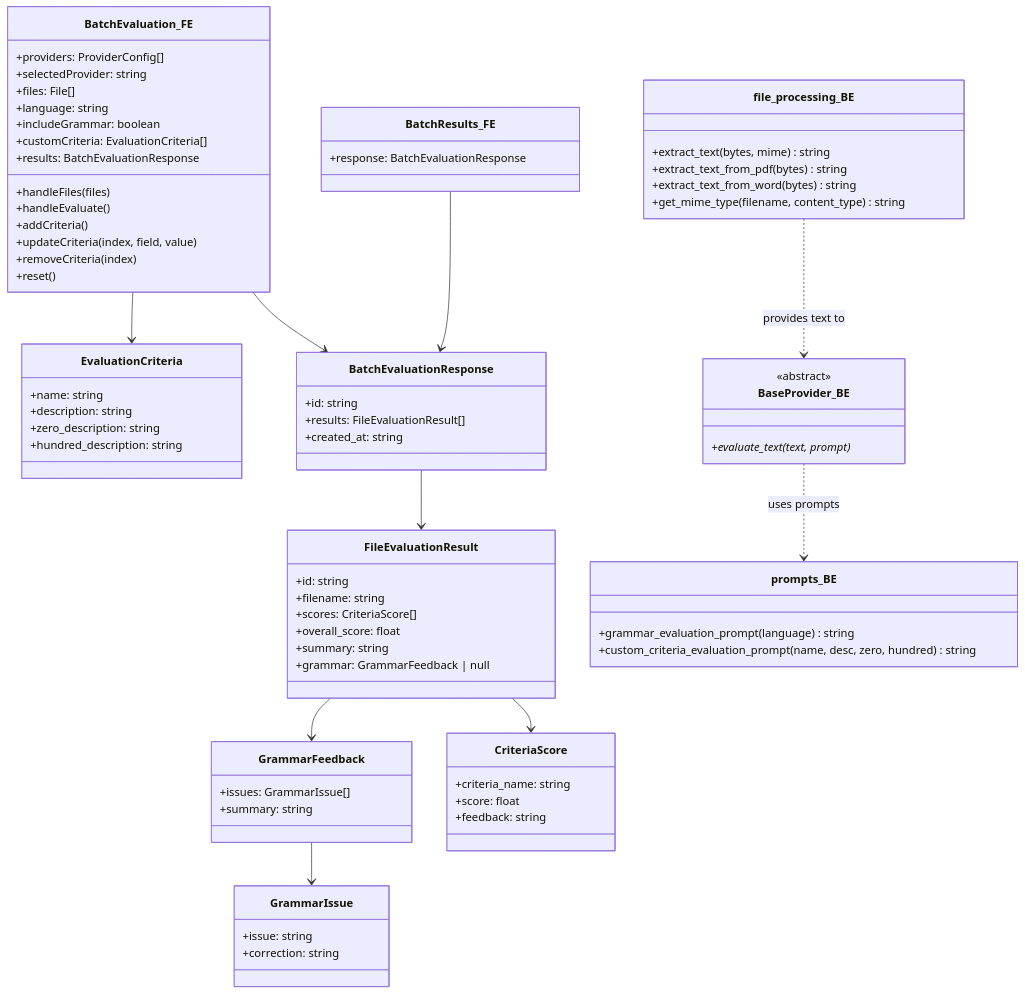
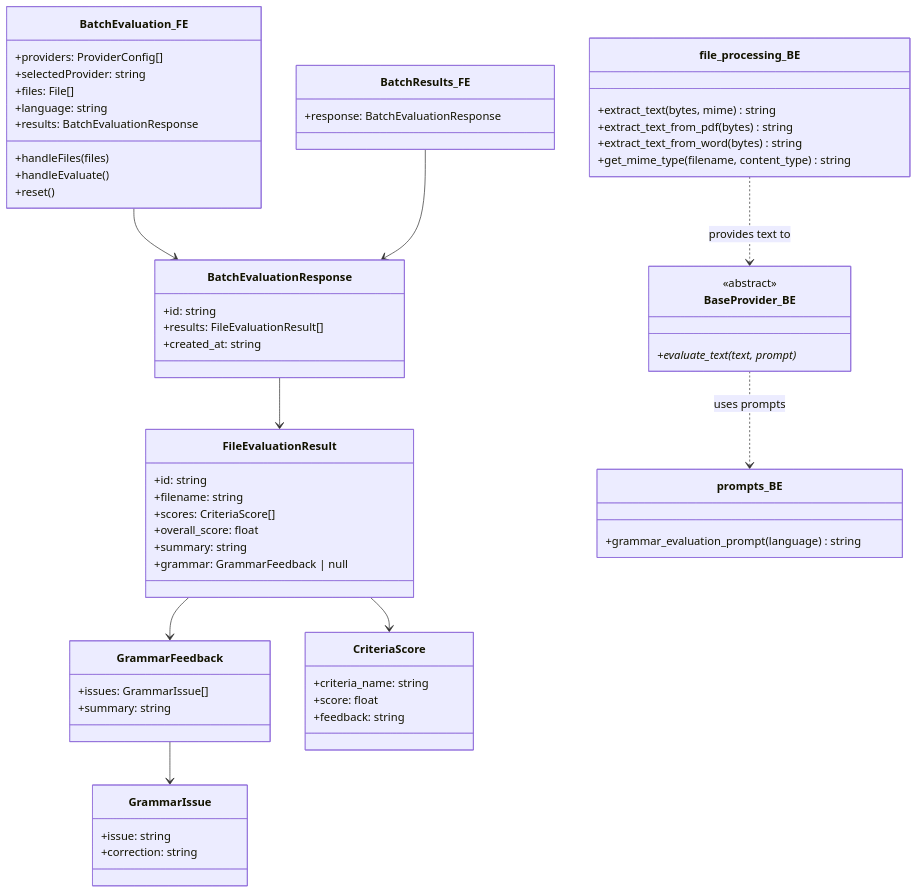
One commit to franciscosuca/exan changed the fifth of 6 diagrams in docs/ARCHITECTURE.md. Above: the diagram before and after it, drawn with Mermaid. The commit also changed other lines of this file and 19 other files, not shown here.

Commit message:
Refactor: batch evaluation to support grammar-only assessments

```diff
--- a/docs/ARCHITECTURE.md
+++ b/docs/ARCHITECTURE.md
@@ -367,22 +358,10 @@
         +selectedProvider: string
         +files: File[]
         +language: string
-        +includeGrammar: boolean
-        +customCriteria: EvaluationCriteria[]
         +results: BatchEvaluationResponse
         +handleFiles(files)
         +handleEvaluate()
-        +addCriteria()
-        +updateCriteria(index, field, value)
-        +removeCriteria(index)
         +reset()
-    }
-
-    class EvaluationCriteria {
-        +name: string
-        +description: string
-        +zero_description: string
-        +hundred_description: string
     }
 
     class BatchEvaluationResponse {
@@ -434,10 +413,8 @@
 
     class prompts_BE {
         +grammar_evaluation_prompt(language) string
-        +custom_criteria_evaluation_prompt(name, desc, zero, hundred) string
     }
 
-    BatchEvaluation_FE --> EvaluationCriteria
     BatchEvaluation_FE --> BatchEvaluationResponse
     BatchEvaluationResponse --> FileEvaluationResult
     FileEvaluationResult --> CriteriaScore
```
